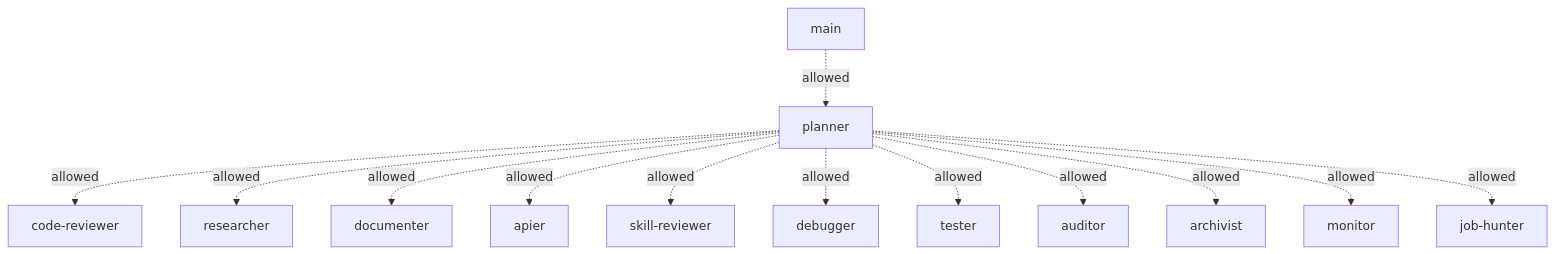
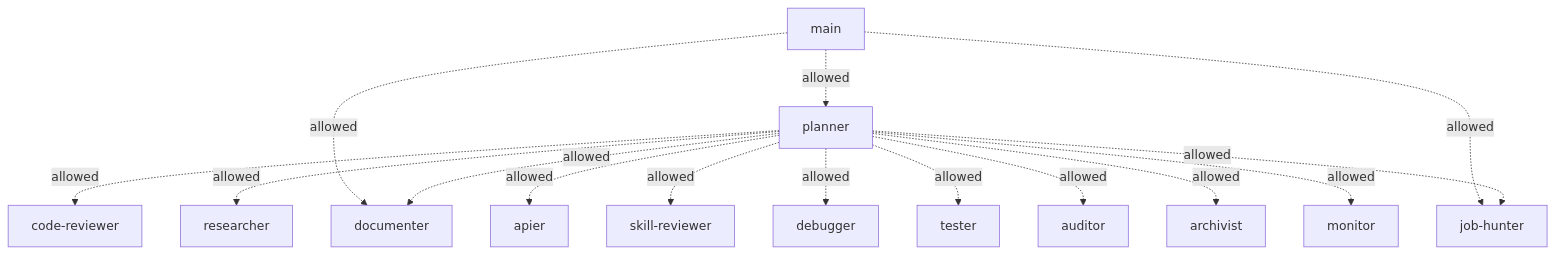
The diagram in agents/index.md (SrD836/jarvis-vault), drawn with Mermaid before and after one commit. The commit also changed other lines of this file and 19 other files, not shown here.

````diff
--- a/agents/index.md
+++ b/agents/index.md
@@ -33,15 +33,17 @@
 ```mermaid
 graph TD
   main -.allowed.-> planner
+  main -.allowed.-> documenter
+  main -.allowed.-> job-hunter
   planner -.allowed.-> code-reviewer
   planner -.allowed.-> researcher
   planner -.allowed.-> documenter
   planner -.allowed.-> apier
   planner -.allowed.-> skill-reviewer
   planner -.allowed.-> debugger
   planner -.allowed.-> tester
   planner -.allowed.-> auditor
   planner -.allowed.-> archivist
   planner -.allowed.-> monitor
   planner -.allowed.-> job-hunter
 ```
````
